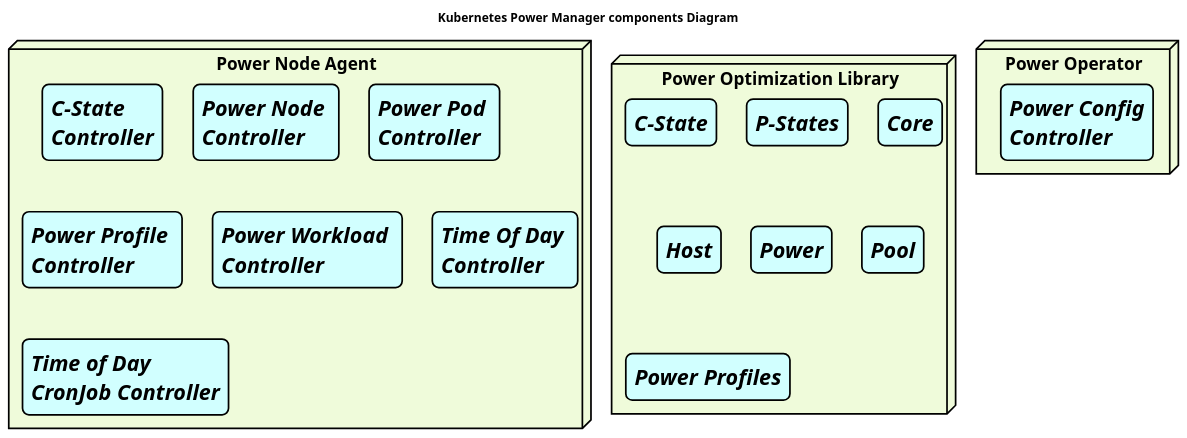
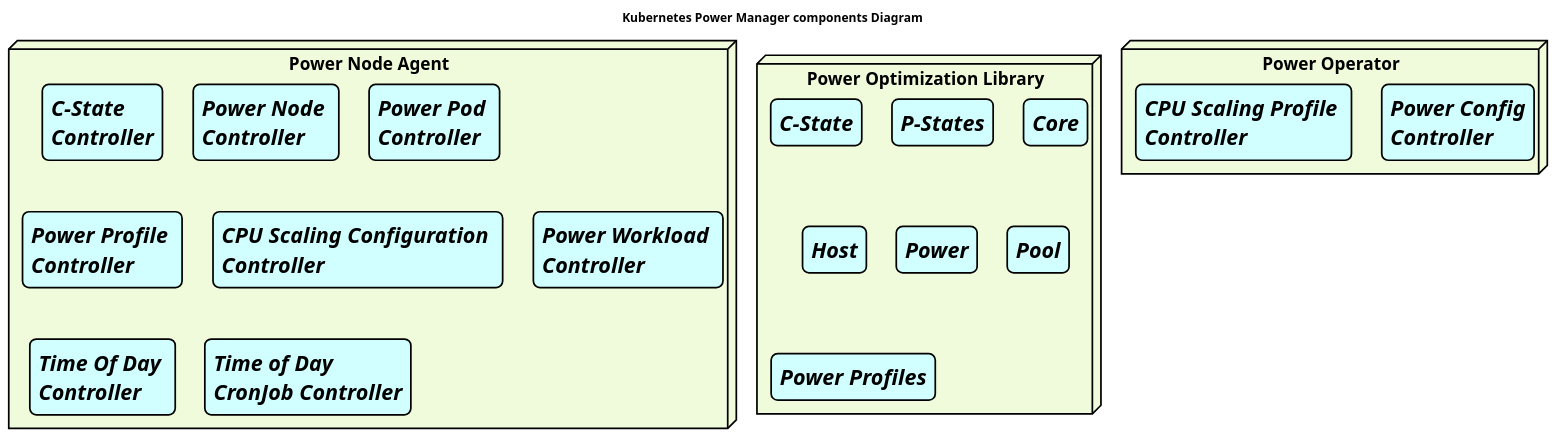
Before and after one commit to AMDEPYC/kubernetes-power-manager: the diagram in diagrams-docs/power-com.puml, drawn with PlantUML. The commit also changed 3 other files, not shown here.

Commit message:
Updating diagrams for optimization logic

```diff
--- a/diagrams-docs/power-com.puml
+++ b/diagrams-docs/power-com.puml
@@ -1,58 +1,60 @@
 @startuml
 
 <style>
 node {
   BackGroundColor effbda
   LineThickness 2
   LineColor black
   FontSize 20
 }
 
 rectangle {
   BackGroundColor #d1ffff
   LineThickness 2
   LineColor black
   FontSize 25
   FontStyle italic
 }
 
 agent {
   BackGroundColor #d1ffff
   LineThickness 1
   LineColor black
 }
 </style>
 
 
 
 title <b>Kubernetes Power Manager components Diagram
 skinparam roundCorner 15
 node "Power Node Agent" {
 
 rectangle "<b>C-State \n<b>Controller"
 rectangle "<b>Power Node \n<b>Controller"
 rectangle "<b>Power Pod \n<b>Controller" 
-rectangle "<b>Power Profile \n<b>Controller" 
+rectangle "<b>Power Profile \n<b>Controller"
+rectangle "<b>CPU Scaling Configuration \n<b>Controller"
 rectangle "<b>Power Workload \n<b>Controller" 
 rectangle "<b>Time Of Day \n<b>Controller"
 rectangle "<b>Time of Day \n<b>CronJob Controller"
 
 }
 
 node "Power Optimization Library" {
 
 rectangle "<b>C-State"
 rectangle "<b>P-States"
 rectangle "<b>Core"  
 rectangle "<b>Host" 
 rectangle "<b>Power" 
 rectangle "<b>Pool"
 rectangle "<b>Power Profiles"
 }
 
 node "Power Operator" {
 
 rectangle "<b>Power Config\n<b>Controller"
+rectangle "<b>CPU Scaling Profile \n<b>Controller"
 
 }
 @enduml
```
